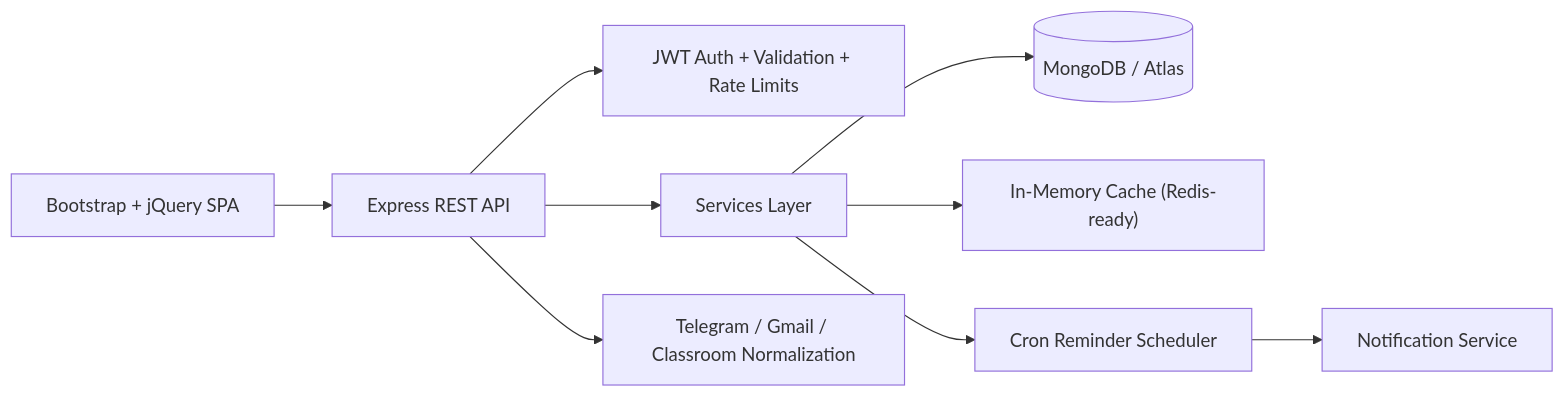
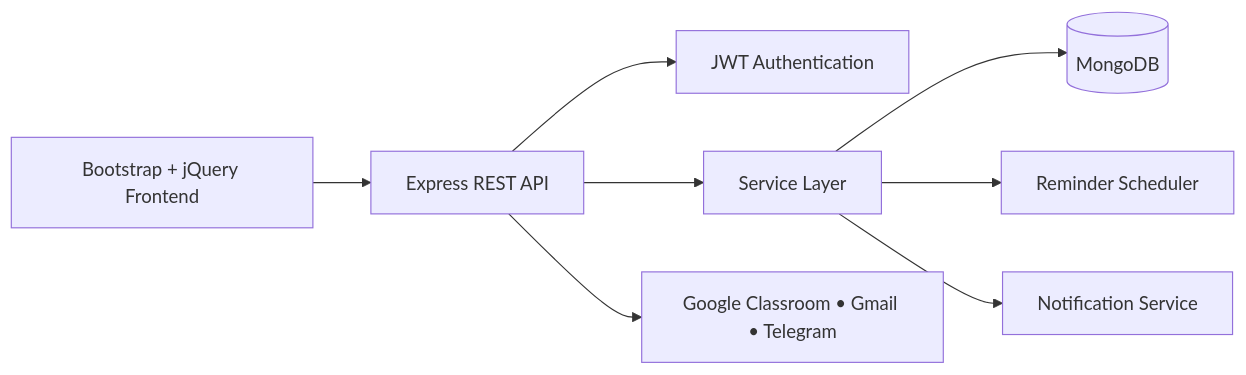
The diagram in README.md (alfinafhobi/DeadlineDB), drawn with Mermaid before and after one commit. The commit also changed other lines of this file, not shown here.

````diff
--- a/README.md
+++ b/README.md
@@ -34,11 +56,10 @@
 ```mermaid
 flowchart LR
-    UI["Bootstrap + jQuery SPA"] --> API["Express REST API"]
-    API --> AUTH["JWT Auth + Validation + Rate Limits"]
-    API --> SERVICES["Services Layer"]
-    SERVICES --> DB[(MongoDB / Atlas)]
-    SERVICES --> CACHE["In-Memory Cache (Redis-ready)"]
-    SERVICES --> CRON["Cron Reminder Scheduler"]
-    CRON --> NOTIFY["Notification Service"]
-    API --> INTEGRATIONS["Telegram / Gmail / Classroom Normalization"]
+    UI["Bootstrap + jQuery Frontend"] --> API["Express REST API"]
+    API --> AUTH["JWT Authentication"]
+    API --> SERVICES["Service Layer"]
+    SERVICES --> DB[(MongoDB)]
+    SERVICES --> CRON["Reminder Scheduler"]
+    SERVICES --> NOTIFY["Notification Service"]
+    API --> INTEGRATIONS["Google Classroom • Gmail • Telegram"]
 ```
````
